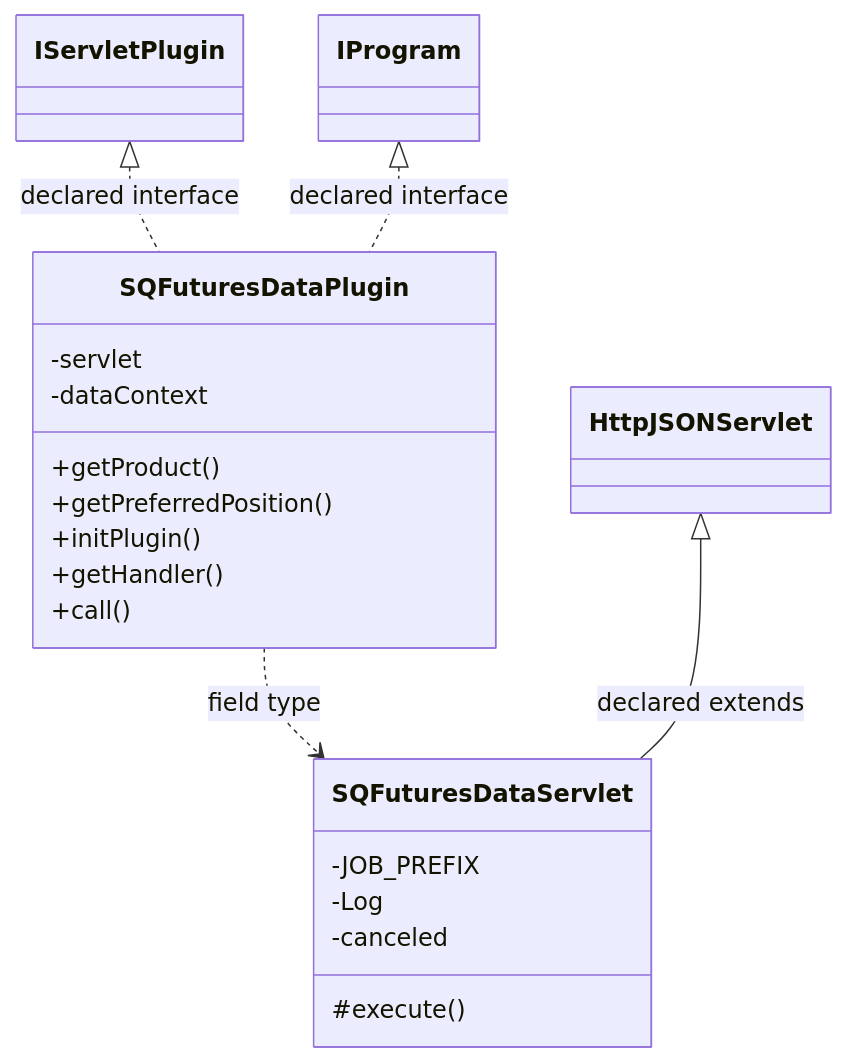
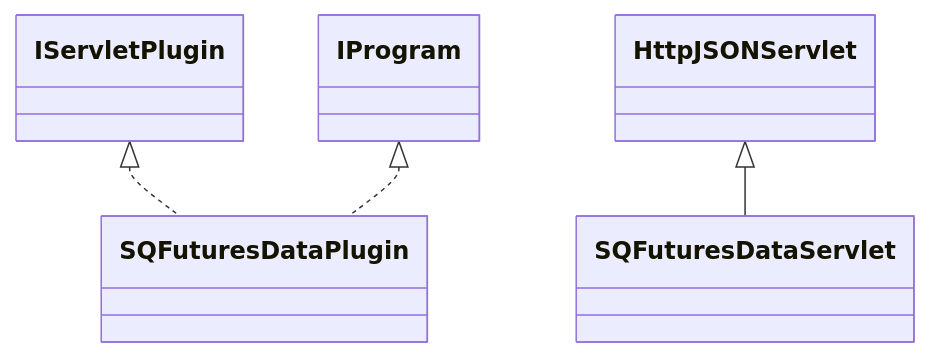
Before and after one commit to haruperi/HaruQuantAI: the diagram in docs/sqx/DataManager/DataSourceSQFuturesData.md, drawn with Mermaid. The commit also changed other lines of this file and 1688 other files, not shown here.

````diff
--- a/docs/sqx/DataManager/DataSourceSQFuturesData.md
+++ b/docs/sqx/DataManager/DataSourceSQFuturesData.md
@@ -30,25 +26,11 @@
 ```mermaid
 classDiagram
-    class C9ea43520d454["SQFuturesDataPlugin"] {
-        -servlet
-        -dataContext
-        +getProduct()
-        +getPreferredPosition()
-        +initPlugin()
-        +getHandler()
-        +call()
-    }
-    class Cbf8ec116357e["SQFuturesDataServlet"] {
-        -JOB_PREFIX
-        -Log
-        -canceled
-        #execute()
-    }
-    class C1b6b4448b67b["IProgram"]
-    class C249b5c671b1a["IServletPlugin"]
-    class C8900f90ae594["HttpJSONServlet"]
-    C249b5c671b1a <|.. C9ea43520d454 : declared interface
-    C1b6b4448b67b <|.. C9ea43520d454 : declared interface
-    C9ea43520d454 ..> Cbf8ec116357e : field type
-    C8900f90ae594 <|-- Cbf8ec116357e : declared extends
+    class C0["SQFuturesDataPlugin"]
+    class C1["SQFuturesDataServlet"]
+    class E0["IServletPlugin"]
+    E0 <|.. C0
+    class E1["IProgram"]
+    E1 <|.. C0
+    class E2["HttpJSONServlet"]
+    E2 <|-- C1
 ```
````
